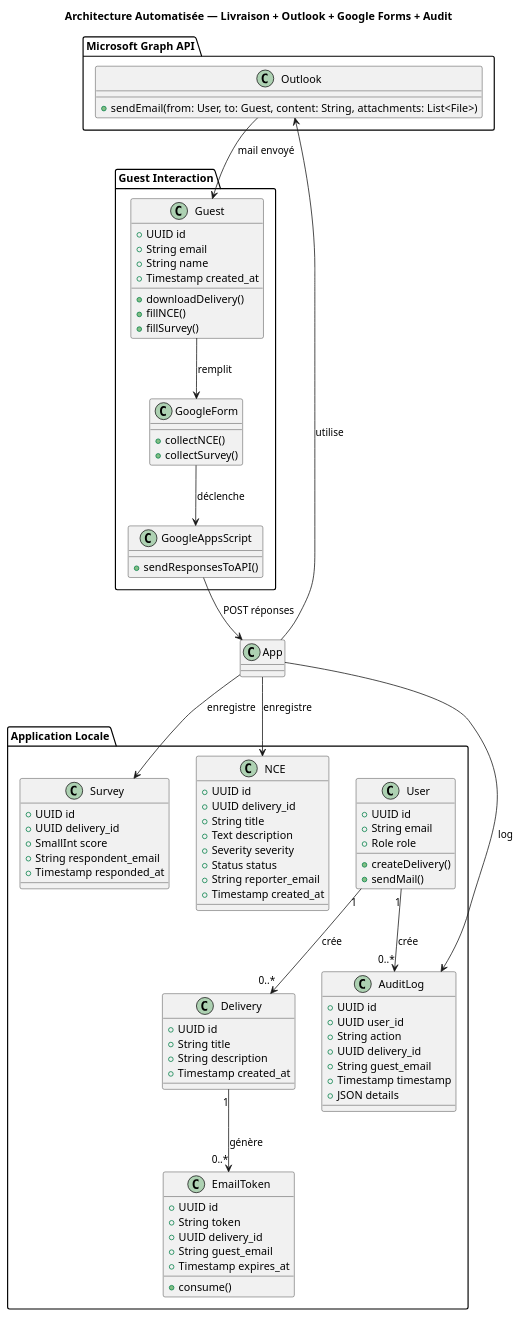
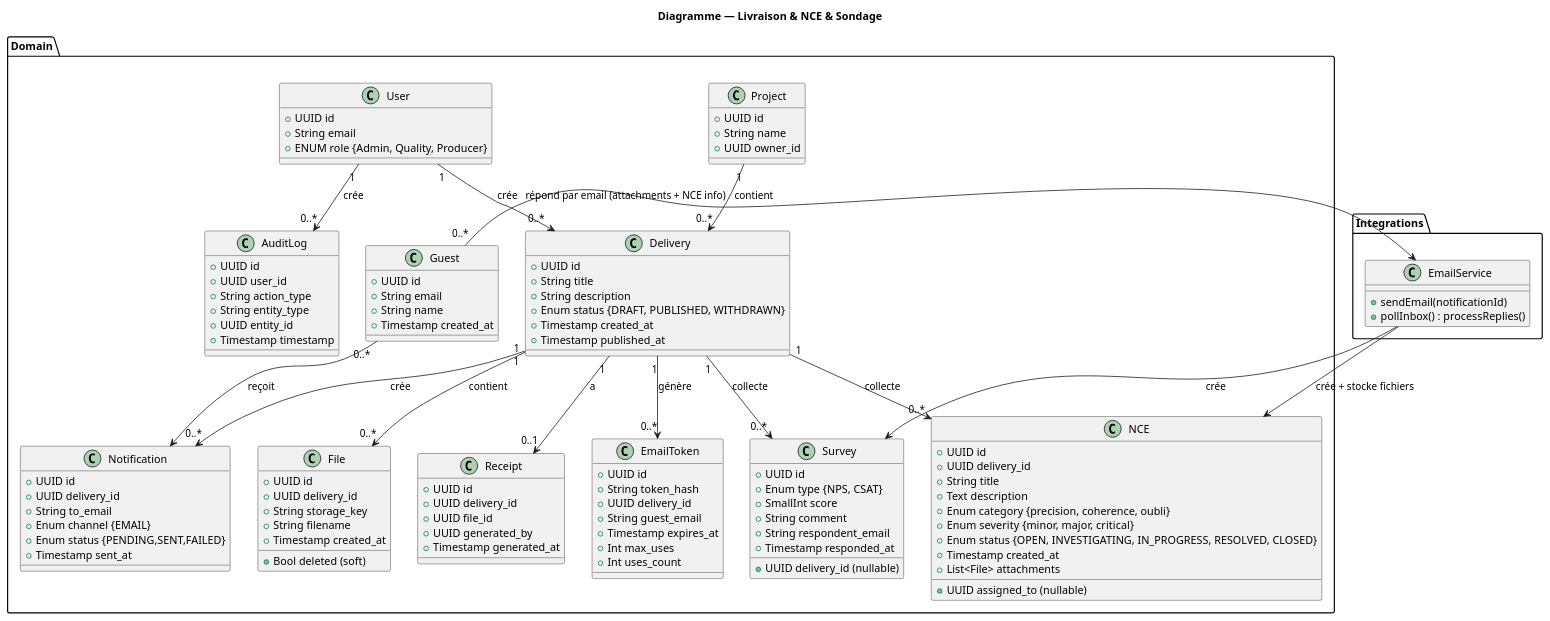
One commit to AnicetJonhia/quality_tracker changed the diagram in conception/v2/UML/class.puml. Above: the diagram before and after it, drawn with PlantUML. The commit also changed 1 other file, not shown here.

Commit message:
class uml : v2

```diff
--- a/conception/v2/UML/class.puml
+++ b/conception/v2/UML/class.puml
@@ -1,98 +1,124 @@
 @startuml
-title Architecture Automatisée — Livraison + Outlook + Google Forms + Audit
+title Diagramme — Livraison & NCE & Sondage
 
-package "Application Locale" {
+package "Domain" {
   class User {
     +UUID id
     +String email
-    +Role role
-    +createDelivery()
-    +sendMail()
+    +ENUM role {Admin, Quality, Producer}
+  }
+
+  class Project {
+    +UUID id
+    +String name
+    +UUID owner_id
   }
 
   class Delivery {
     +UUID id
     +String title
     +String description
+    +Enum status {DRAFT, PUBLISHED, WITHDRAWN}
     +Timestamp created_at
+    +Timestamp published_at
+  }
+
+  class File {
+    +UUID id
+    +UUID delivery_id
+    +String storage_key
+    +String filename
+    +Timestamp created_at
+    +Bool deleted (soft)
+  }
+
+  class Receipt {
+    +UUID id
+    +UUID delivery_id
+    +UUID file_id
+    +UUID generated_by
+    +Timestamp generated_at
   }
 
   class EmailToken {
     +UUID id
-    +String token
+    +String token_hash
     +UUID delivery_id
     +String guest_email
     +Timestamp expires_at
-    +consume()
+    +Int max_uses
+    +Int uses_count
   }
 
-  class AuditLog {
+  class Notification {
     +UUID id
-    +UUID user_id
-    +String action
     +UUID delivery_id
-    +String guest_email
-    +Timestamp timestamp
-    +JSON details
+    +String to_email
+    +Enum channel {EMAIL}
+    +Enum status {PENDING,SENT,FAILED}
+    +Timestamp sent_at
   }
 
   class Survey {
     +UUID id
-    +UUID delivery_id
+    +UUID delivery_id (nullable)
+    +Enum type {NPS, CSAT}
     +SmallInt score
+    +String comment
     +String respondent_email
     +Timestamp responded_at
   }
 
   class NCE {
     +UUID id
     +UUID delivery_id
     +String title
     +Text description
-    +Severity severity
-    +Status status
-    +String reporter_email
+    +Enum category {precision, coherence, oubli}
+    +Enum severity {minor, major, critical}
+    +Enum status {OPEN, INVESTIGATING, IN_PROGRESS, RESOLVED, CLOSED}
+    +UUID assigned_to (nullable)
     +Timestamp created_at
+    +List<File> attachments
   }
-}
 
-package "Microsoft Graph API" {
-  class Outlook {
-    +sendEmail(from: User, to: Guest, content: String, attachments: List<File>)
+  class AuditLog {
+    +UUID id
+    +UUID user_id
+    +String action_type
+    +String entity_type
+    +UUID entity_id
+    +Timestamp timestamp
   }
-}
 
-package "Guest Interaction" {
   class Guest {
     +UUID id
     +String email
     +String name
     +Timestamp created_at
-    +downloadDelivery()
-    +fillNCE()
-    +fillSurvey()
-  }
-
-  class GoogleForm {
-    +collectNCE()
-    +collectSurvey()
-  }
-
-  class GoogleAppsScript {
-    +sendResponsesToAPI()
   }
 }
 
+package "Integrations" {
+  class EmailService {
+    +sendEmail(notificationId)
+    +pollInbox() : processReplies()
+  }
+}
+
+' Relations
 User "1" --> "0..*" Delivery : crée
+Project "1" --> "0..*" Delivery : contient
+Delivery "1" --> "0..*" File : contient
+Delivery "1" --> "0..1" Receipt : a
 Delivery "1" --> "0..*" EmailToken : génère
+Delivery "1" --> "0..*" Notification : crée
+Delivery "1" --> "0..*" Survey : collecte
+Delivery "1" --> "0..*" NCE : collecte
 User "1" --> "0..*" AuditLog : crée
-App --> Outlook : utilise
-Outlook --> Guest : mail envoyé
-Guest --> GoogleForm : remplit
-GoogleForm --> GoogleAppsScript : déclenche
-GoogleAppsScript --> App : POST réponses
-App --> Survey : enregistre
-App --> NCE : enregistre
-App --> AuditLog : log
+Guest "0..*" --> Notification : reçoit
+Guest "0..*" --> EmailService : répond par email (attachments + NCE info)
+EmailService --> Survey : crée
+EmailService --> NCE : crée + stocke fichiers
 
 @enduml
```
